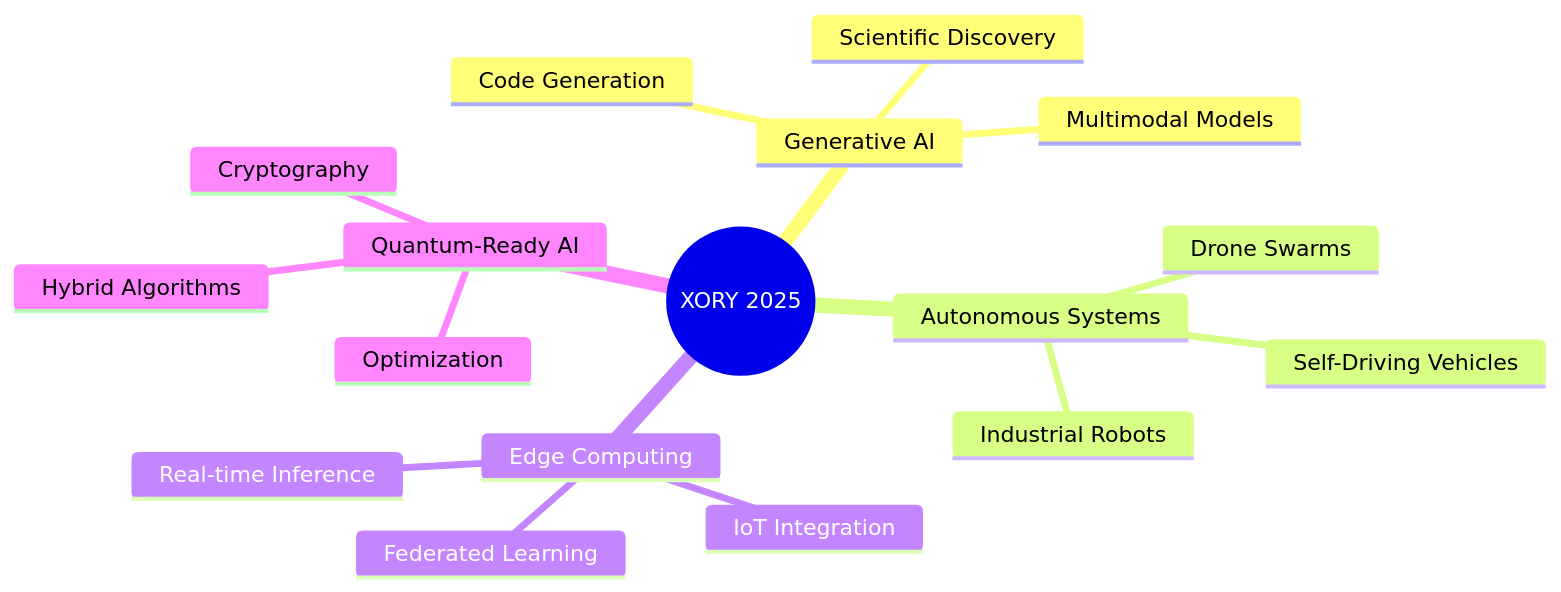
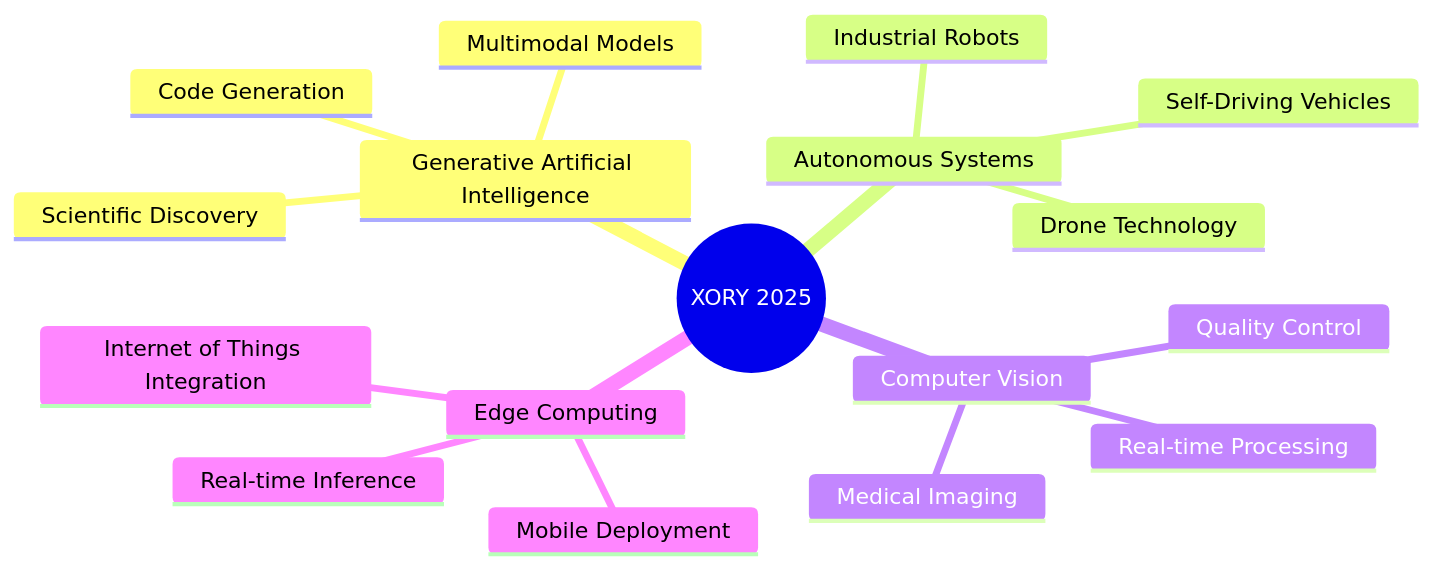
One commit to Xory-us/.github changed the diagram in README.md. Above: the diagram before and after it, drawn with Mermaid. The commit also changed other lines of this file, not shown here.

````diff
--- a/README.md
+++ b/README.md
@@ -199,20 +209,20 @@
 ```mermaid
 mindmap
   root((XORY 2025))
-    Generative AI
+    Generative Artificial Intelligence
       Multimodal Models
       Code Generation
       Scientific Discovery
     Autonomous Systems
       Self-Driving Vehicles
-      Drone Swarms
+      Drone Technology
       Industrial Robots
+    Computer Vision
+      Real-time Processing
+      Medical Imaging
+      Quality Control
     Edge Computing
       Real-time Inference
-      Federated Learning
-      IoT Integration
-    Quantum-Ready AI
-      Hybrid Algorithms
-      Optimization
-      Cryptography
+      Mobile Deployment
+      Internet of Things Integration
 ```
````
